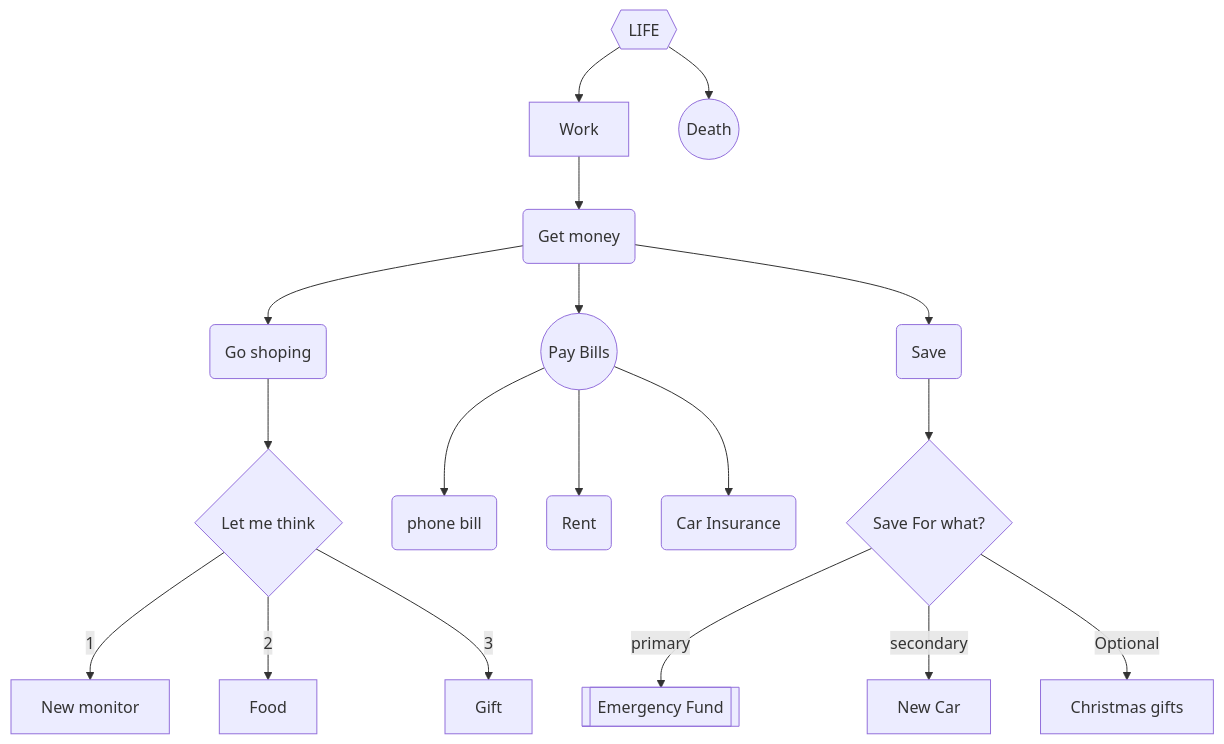
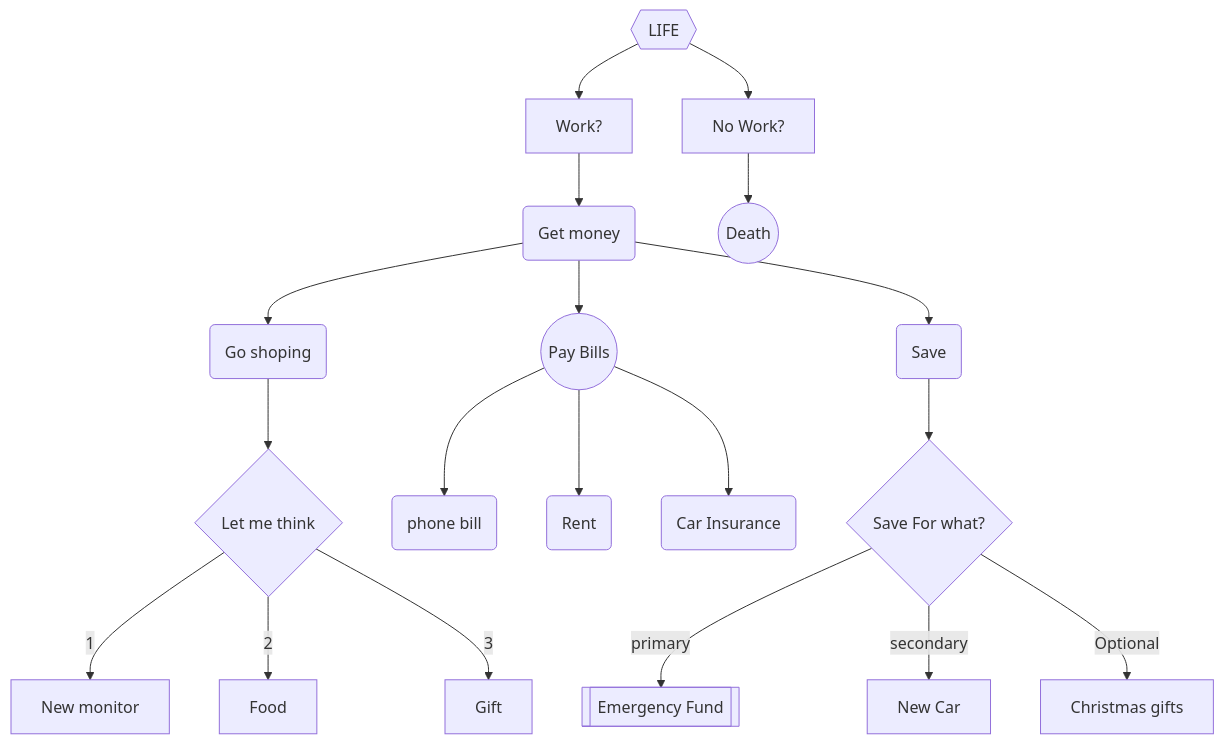
The diagram in Diagram.md (Epperezmoreno/epperezmoreno.github.io), drawn with Mermaid before and after one commit.

Commit message:
Update Diagram.md
added No work which leads to death

````diff
--- a/Diagram.md
+++ b/Diagram.md
@@ -1,23 +1,24 @@
 ```mermaid
 flowchart TD 
-AA{{LIFE}} -->A[Work] -->B(Get money)
+AA{{LIFE}} -->A[Work?] -->B(Get money)
 B --> C(Go shoping)
 B --> D((Pay Bills))
 B --> E(Save)
 C --> F{Let me think}
 F -->|1| G[New monitor]
 F -->|2| H[Food]
 F -->|3| I[Gift]
 
 D --> J(phone bill)
 D --> K(Rent)
 D --> M(Car Insurance)
 
 E --> N{Save For what?}
 N --> |primary| O[[Emergency Fund]]
 N --> |secondary| P[New Car]
 N --> |Optional| Q[Christmas gifts]
 
-AA -->X((Death))
+AA -->X[No Work?]
+X -->L((Death))
 
 ```
````
